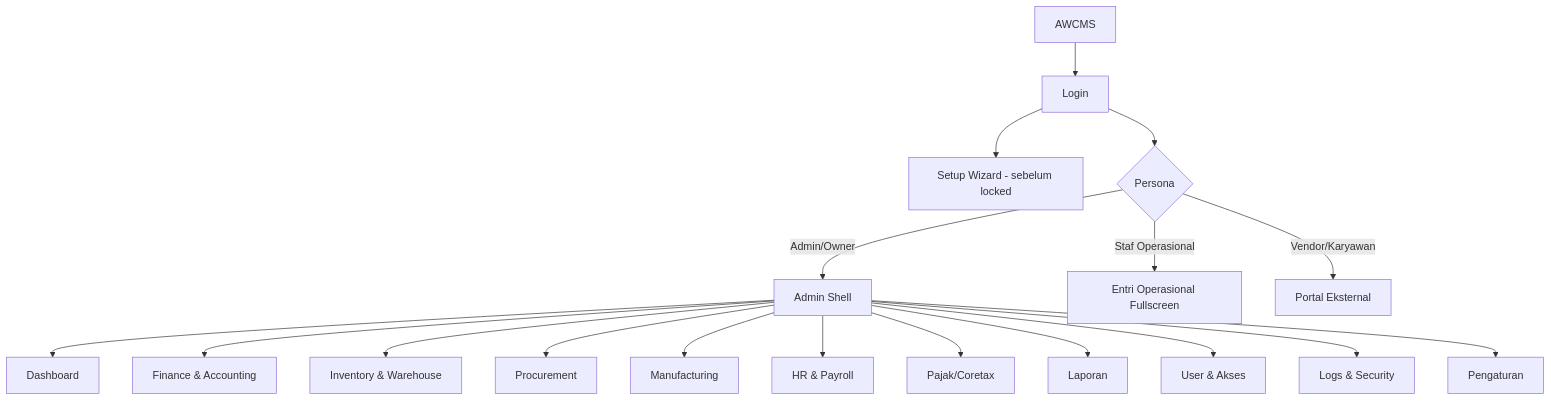
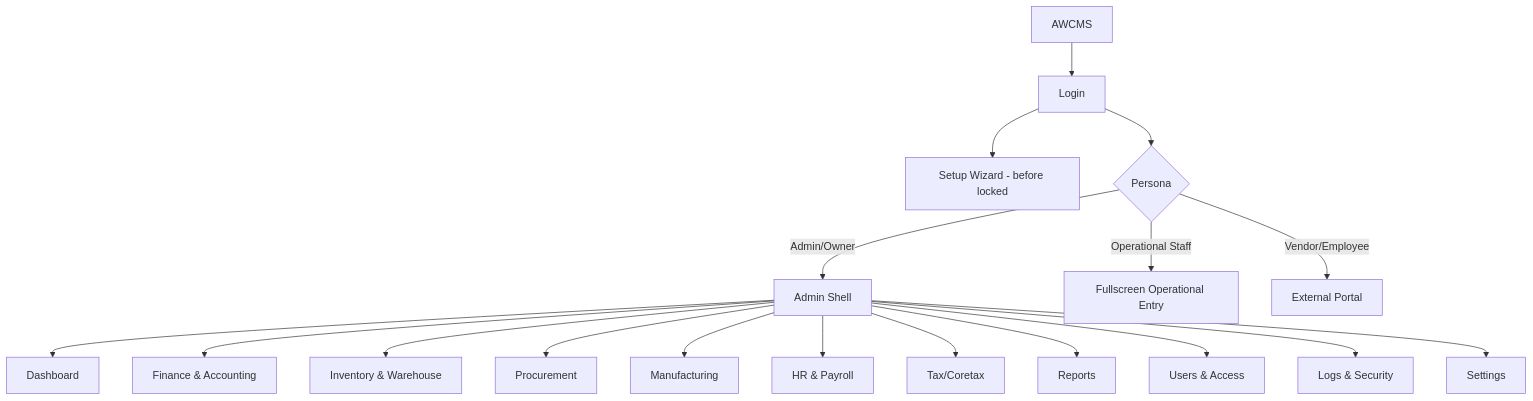
Before and after one commit to ahliweb/awcms: the second of 4 diagrams in docs/awcms/14_ui_ux_design_system.md, drawn with Mermaid. The commit also changed other lines of this file and 603 other files, not shown here.

````diff
--- a/docs/awcms/14_ui_ux_design_system.md
+++ b/docs/awcms/14_ui_ux_design_system.md
@@ -121,21 +123,21 @@
 ```mermaid
 flowchart TD
   Root[AWCMS] --> Auth[Login]
-  Auth --> Setup[Setup Wizard - sebelum locked]
+  Auth --> Setup[Setup Wizard - before locked]
   Auth --> Shell{Persona}
   Shell -->|Admin/Owner| Admin[Admin Shell]
-  Shell -->|Staf Operasional| Ops[Entri Operasional Fullscreen]
-  Shell -->|Vendor/Karyawan| Portal[Portal Eksternal]
+  Shell -->|Operational Staff| Ops[Fullscreen Operational Entry]
+  Shell -->|Vendor/Employee| Portal[External Portal]
 
   Admin --> Dash[Dashboard]
   Admin --> Fin[Finance & Accounting]
   Admin --> Inv[Inventory & Warehouse]
   Admin --> Proc[Procurement]
   Admin --> Mfg[Manufacturing]
   Admin --> Hr[HR & Payroll]
-  Admin --> Tax[Pajak/Coretax]
-  Admin --> Rep[Laporan]
-  Admin --> Usr[User & Akses]
+  Admin --> Tax[Tax/Coretax]
+  Admin --> Rep[Reports]
+  Admin --> Usr[Users & Access]
   Admin --> Logs[Logs & Security]
-  Admin --> Setg[Pengaturan]
+  Admin --> Setg[Settings]
 ```
````
